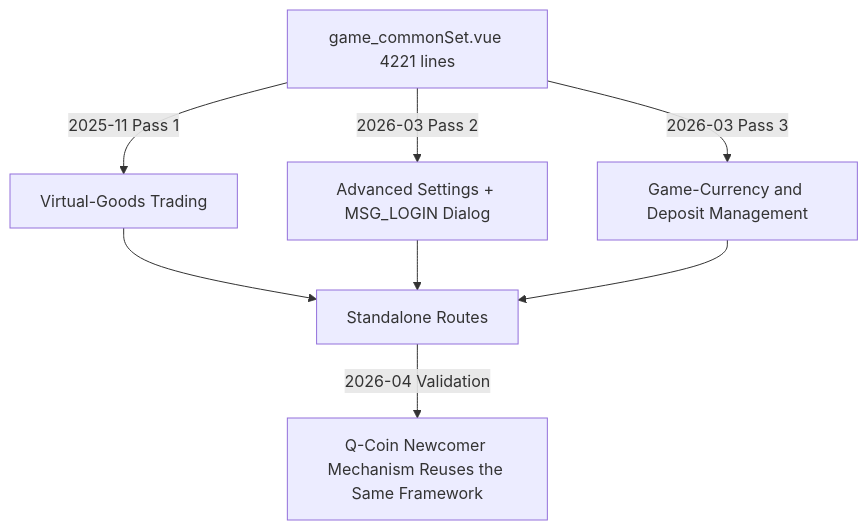
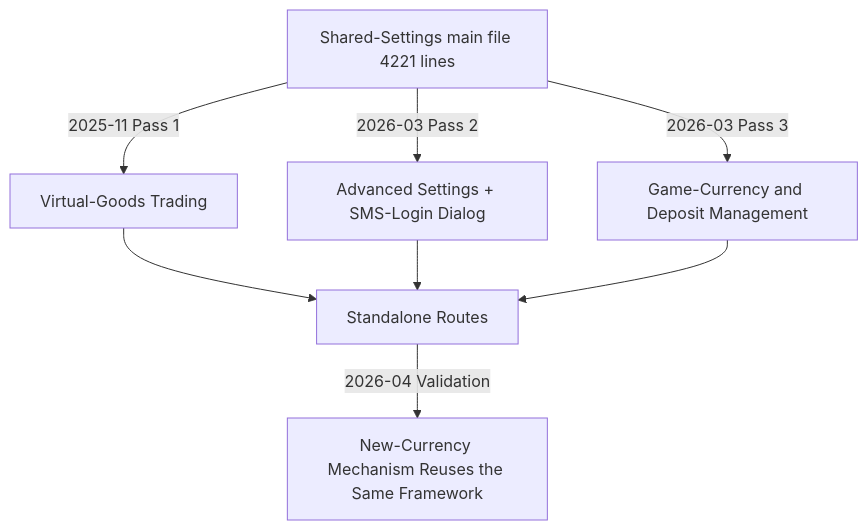
The diagram in src/content/projects-en/commonset-modularization.md (leemengju/leemengju.github.io), drawn with Mermaid before and after one commit. The commit also changed other lines of this file and 15 other files, not shown here.

````diff
--- a/src/content/projects-en/commonset-modularization.md
+++ b/src/content/projects-en/commonset-modularization.md
@@ -33,10 +64,10 @@
 ```mermaid
 graph TD
-  A[game_commonSet.vue 4221 lines] -->|2025-11 Pass 1| B[Virtual-Goods Trading]
-  A -->|2026-03 Pass 2| C[Advanced Settings + MSG_LOGIN Dialog]
+  A[Shared-Settings main file 4221 lines] -->|2025-11 Pass 1| B[Virtual-Goods Trading]
+  A -->|2026-03 Pass 2| C[Advanced Settings + SMS-Login Dialog]
   A -->|2026-03 Pass 3| D[Game-Currency and Deposit Management]
   B --> E[Standalone Routes]
   C --> E
   D --> E
-  E -->|2026-04 Validation| F[Q-Coin Newcomer Mechanism Reuses the Same Framework]
+  E -->|2026-04 Validation| F[New-Currency Mechanism Reuses the Same Framework]
 ```
````
